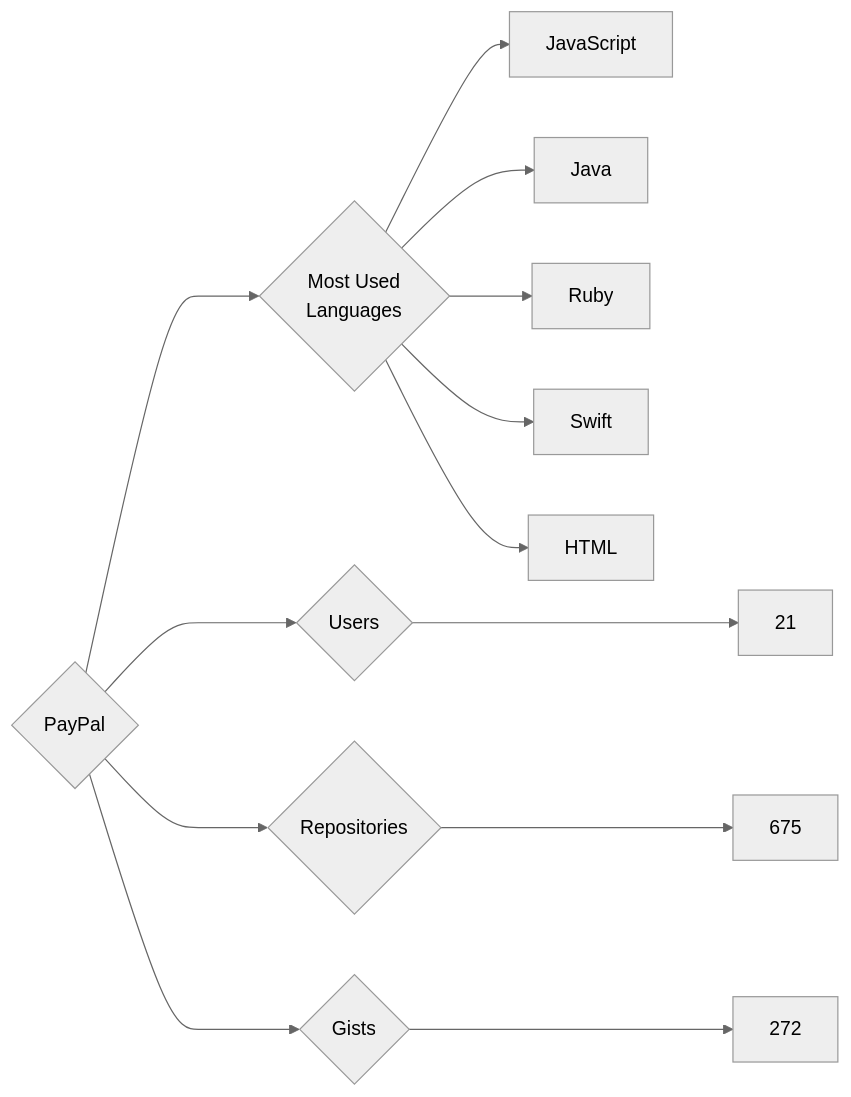
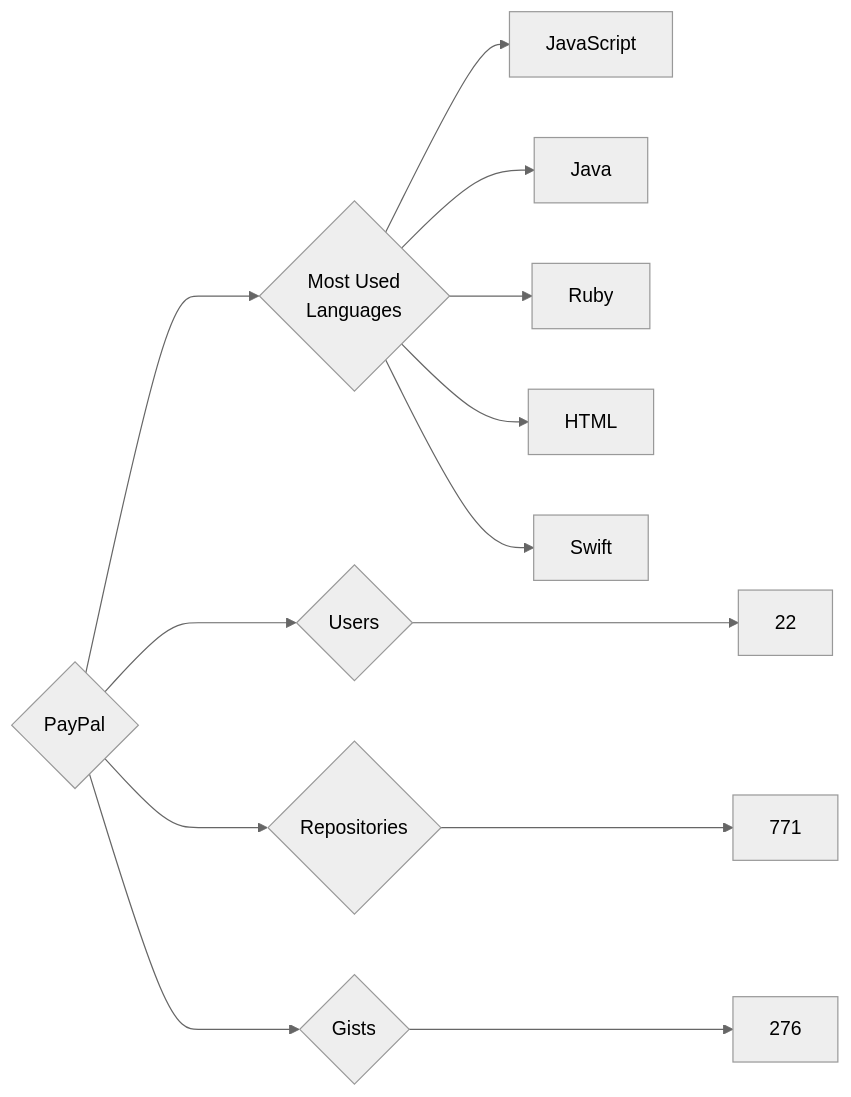
The diagram in targets/PayPal/README.md (trickest/insiders), drawn with Mermaid (neutral theme) before and after one commit. The commit also changed 797 other files, not shown here.

````diff
--- a/targets/PayPal/README.md
+++ b/targets/PayPal/README.md
@@ -3,13 +3,13 @@
 ```mermaid
 graph LR
 COMPANY_NAME{PayPal}
-COMPANY_NAME ---> U{Users} ---> UN[21]
-COMPANY_NAME ---> R{Repositories} ---> RN[675]
-COMPANY_NAME ---> G{Gists} ---> GN[272]
+COMPANY_NAME ---> U{Users} ---> UN[22]
+COMPANY_NAME ---> R{Repositories} ---> RN[771]
+COMPANY_NAME ---> G{Gists} ---> GN[276]
 COMPANY_NAME ---> ML{Most Used<br>Languages}
 ML --> JavaScript[JavaScript]
 ML --> Java[Java]
 ML --> Ruby[Ruby]
+ML --> HTML[HTML]
 ML --> Swift[Swift]
-ML --> HTML[HTML]
 ```
````
